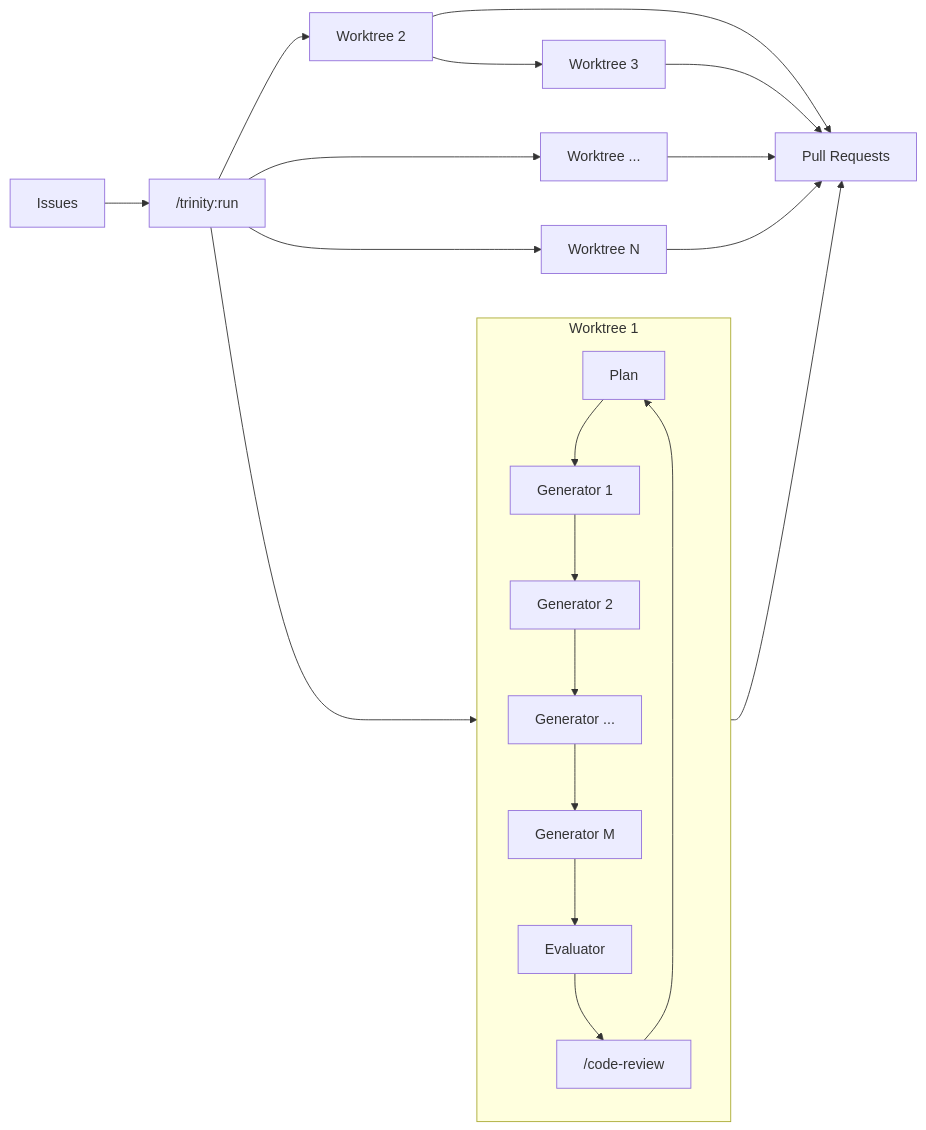
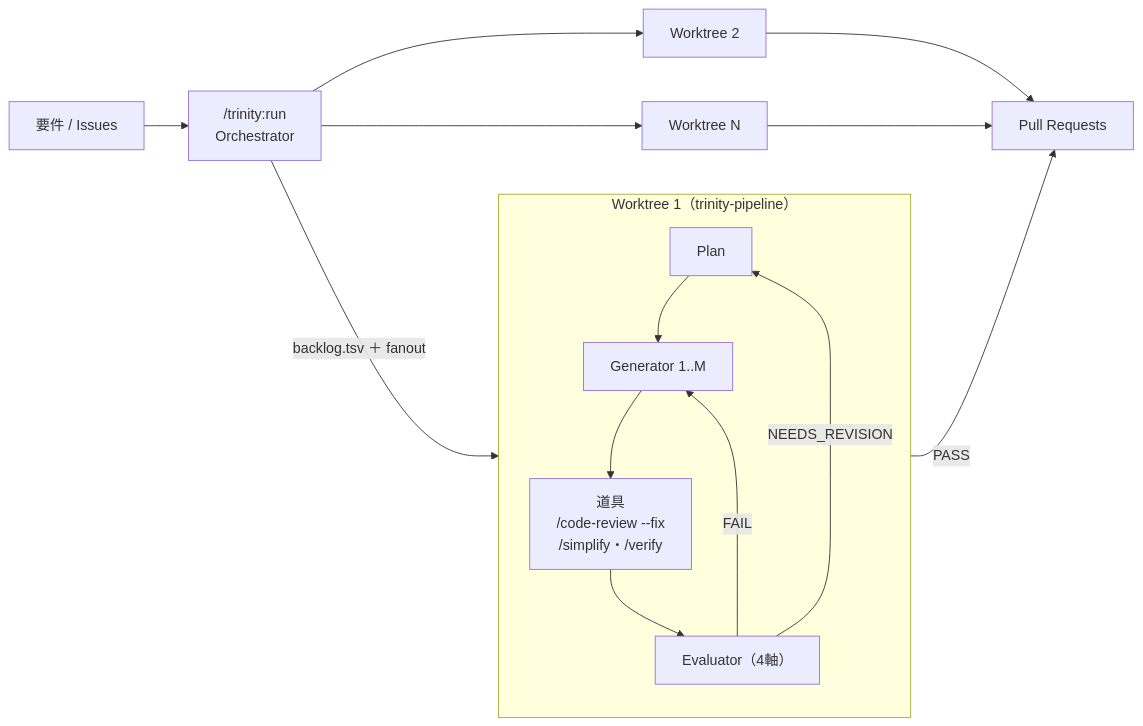
The diagram in README.md (yjn279/trinity), drawn with Mermaid before and after one commit. The commit also changed other lines of this file and 9 other files, not shown here.

````diff
--- a/README.md
+++ b/README.md
@@ -39,40 +61,26 @@
 ```mermaid
 flowchart LR
-  Issues["Issues"] --> Run["/trinity:run"]
+  Req["要件 / Issues"] --> Run["/trinity:run<br/>Orchestrator"]
 
-  subgraph WT1["Worktree 1"]
+  Run -->|backlog.tsv ＋ fanout| WT1
+  Run --> WT2
+  Run --> WTN
+
+  subgraph WT1["Worktree 1（trinity-pipeline）"]
     direction TB
     Plan["Plan"]
-    G1["Generator 1"]
-    G2["Generator 2"]
-    GY["Generator ..."]
-    GM["Generator M"]
-    Eval["Evaluator"]
-    CR["/code-review"]
+    Gen["Generator 1..M"]
+    Tools["道具<br/>/code-review --fix<br/>/simplify・/verify"]
+    Eval["Evaluator（4軸）"]
+    Plan --> Gen --> Tools --> Eval
+    Eval -->|NEEDS_REVISION| Plan
+    Eval -->|FAIL| Gen
   end
 
   WT2["Worktree 2"]
-  WT3["Worktree 3"]
-  WTX["Worktree ..."]
   WTN["Worktree N"]
 
-  Run --> WT2
-  WT2 --> WT3
-  Run --> WTX
-  Run --> WTN
-
-  Run --> WT1
-  Plan --> G1
-  G1 --> G2
-  G2 --> GY
-  GY --> GM
-  GM --> Eval
-  Eval --> CR
-  CR --> Plan
-
-  WT1 --> PullRequests["Pull Requests"]
-  WT2 --> PullRequests
-  WT3 --> PullRequests
-  WTX --> PullRequests
-  WTN --> PullRequests
+  Eval -->|PASS| PR["Pull Requests"]
+  WT2 --> PR
+  WTN --> PR
 ```
````
